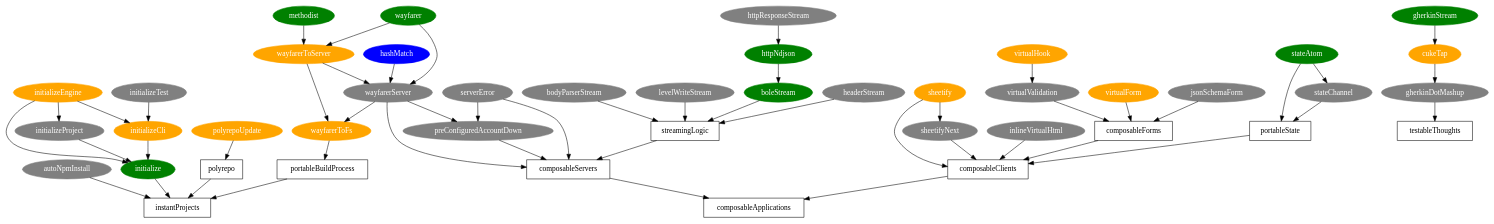
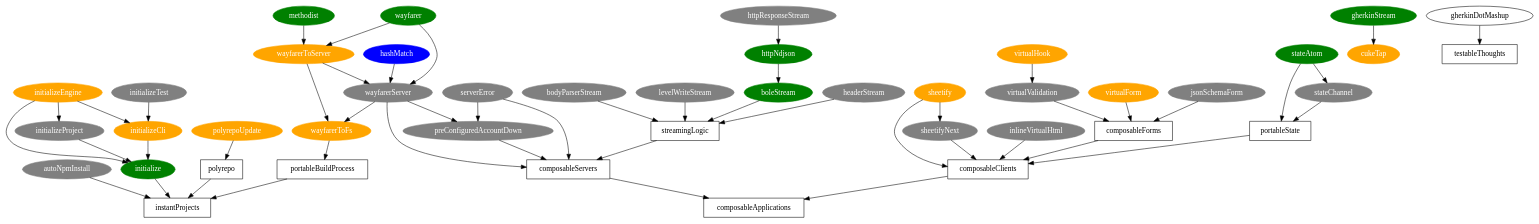
The diagram in plan.dot (yoshuawuyts/plan), drawn with Graphviz before and after one commit. The commit also changed 1 other file, not shown here.

Commit message:
plan: gherkinDot remove

```diff
--- a/plan.dot
+++ b/plan.dot
@@ -1,97 +1,95 @@
 // colors
 //   gray = not implemented
 //   orange = experimental
 //   green = stable
 //   blue = locked
 
 digraph planning {
   // routing, which leads to solid
   // portable ways of getting data around
   // wayfarer-to-server
   hashMatch [style="filled" fontcolor="white" color="blue"]
   methodist [style="filled" fontcolor="white" color="green"]
   wayfarer [style="filled" fontcolor="white" color="green"]
   wayfarerToFs [style="filled" fontcolor="white" color="orange"]
   wayfarerToServer [style="filled" fontcolor="white" color="orange"]
   wayfarerServer [style="filled" fontcolor="white" color="gray"]
   {wayfarer methodist} -> wayfarerToServer
   {wayfarer hashMatch wayfarerToServer} -> wayfarerServer
   {wayfarerServer wayfarerToServer} -> wayfarerToFs
 
   // composable servers
   // modular components to build http servers
   bodyParserStream [style="filled" fontcolor="white" color="gray"]
   levelWriteStream [style="filled" fontcolor="white" color="gray"]
   boleStream [style="filled" fontcolor="white" color="green"]
   httpNdjson [style="filled" fontcolor="white" color="green"]
   httpResponseStream [style="filled" fontcolor="white" color="gray"]
   serverError [style="filled" fontcolor="white" color="gray"]
   preConfiguredAccountDown [style="filled" fontcolor="white" color="gray"]
   headerStream [style="filled" fontcolor="white" color="gray"] // modified headers, etags
   httpResponseStream -> httpNdjson
   httpNdjson -> boleStream
   {bodyParserStream levelWriteStream headerStream} -> streamingLogic
   serverError -> composableServers
   wayfarerServer -> composableServers
   {wayfarerServer serverError} -> preConfiguredAccountDown
   preConfiguredAccountDown -> composableServers
   boleStream -> streamingLogic -> composableServers
 
   // testable thoughts
   gherkinStream [style="filled" fontcolor="white" color="green"]
   cukeTap [style="filled" fontcolor="white" color="orange"]
-  gherkinDotMashup [style="filled" fontcolor="white" color="gray"]
   gherkinStream -> cukeTap
-  cukeTap -> gherkinDotMashup
 
   // instant projects
   autoNpmInstall [style="filled" fontcolor="white" color="gray"]
   polyrepoUpdate [style="filled" fontcolor="white" color="orange"]
   initialize [style="filled" fontcolor="white" color="green"]
   initializeEngine [style="filled" fontcolor="white" color="orange"]
   initializeCli [style="filled" fontcolor="white" color="orange"]
   initializeProject [style="filled" fontcolor="white" color="gray"]
   initializeTest [style="filled" fontcolor="white" color="gray"]
   initializeEngine -> initializeCli
   initializeTest -> initializeCli
   initializeEngine -> initializeProject
   {initializeEngine initializeCli initializeProject} -> initialize
   {initialize autoNpmInstall} -> instantProjects
   polyrepoUpdate -> polyrepo
 
   // composable clients
   stateAtom [style="filled" fontcolor="white" color="green"]
   stateChannel [style="filled" fontcolor="white" color="gray"]
   virtualHook [style="filled" fontcolor="white" color="orange"]
   virtualValidation [style="filled" fontcolor="white" color="gray"]
   virtualForm [style="filled" fontcolor="white" color="orange"]
   jsonSchemaForm [style="filled" fontcolor="white" color="gray"]
   sheetify [style="filled" fontcolor="white" color="orange"]
   sheetifyNext [style="filled" fontcolor="white" color="gray"]
   inlineVirtualHtml [style="filled" fontcolor="white" color="gray"]
   sheetify -> sheetifyNext
   {sheetify sheetifyNext} -> composableClients
   stateAtom -> stateChannel
   virtualHook -> virtualValidation
   virtualValidation -> composableForms
   inlineVirtualHtml -> composableClients
   {jsonSchemaForm virtualForm} -> composableForms
   {stateAtom stateChannel} -> portableState
 
   // abstract
   composableApplications [shape="box"]
   composableClients [shape="box"]
   composableForms [shape="box"]
   composableServers [shape="box"]
   instantProjects [shape="box"]
   polyrepo [shape="box"]
   portableBuildProcess [shape="box"]
   portableState [shape="box"]
   streamingLogic [shape="box"]
   testableThoughts [shape="box"]
   {gherkinDotMashup} -> testableThoughts
   {composableForms portableState} -> composableClients
   wayfarerToFs -> portableBuildProcess
   {portableBuildProcess polyrepo} -> instantProjects
   {composableClients composableServers} -> composableApplications
 }
```
